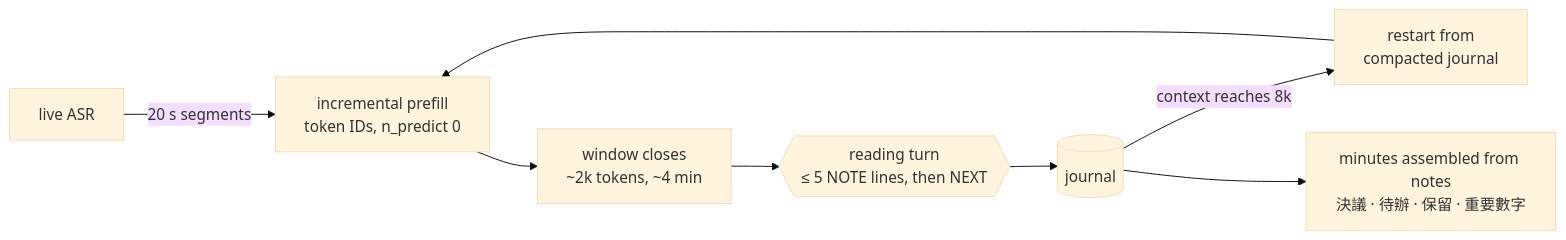
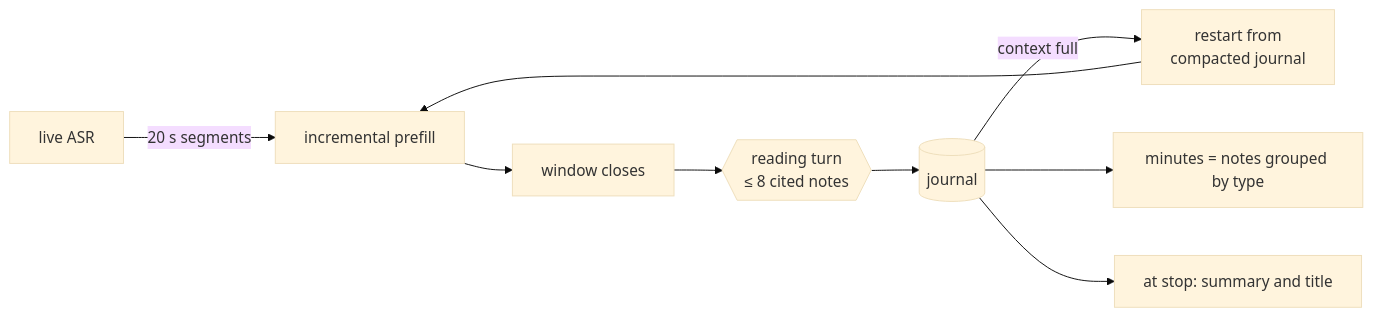
Before and after one commit to vieenrose/meeting-summarizer: the diagram in README.md, drawn with Mermaid (base theme). The commit also changed other lines of this file, not shown here.

````diff
--- a/README.md
+++ b/README.md
@@ -61,10 +40,11 @@
 ```mermaid
 flowchart LR
-    A[live ASR] -->|20 s segments| P[incremental prefill<br/>token IDs, n_predict 0]
-    P --> W[window closes<br/>~2k tokens, ~4 min]
-    W --> R{{reading turn<br/>≤ 5 NOTE lines, then NEXT}}
+    A[live ASR] -->|20 s segments| P[incremental prefill]
+    P --> W[window closes]
+    W --> R{{reading turn<br/>≤ 8 cited notes}}
     R --> J[(journal)]
-    J -->|context reaches 8k| X[restart from<br/>compacted journal]
+    J -->|context full| X[restart from<br/>compacted journal]
     X --> P
-    J --> M[minutes assembled from notes<br/>決議 · 待辦 · 保留 · 重要數字]
+    J --> M[minutes = notes grouped by type]
+    J --> S[at stop: summary and title]
 ```
````
